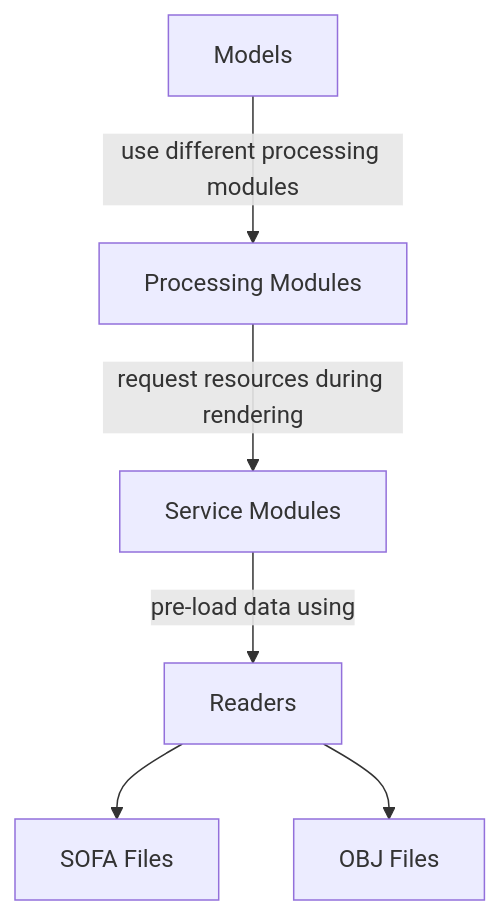
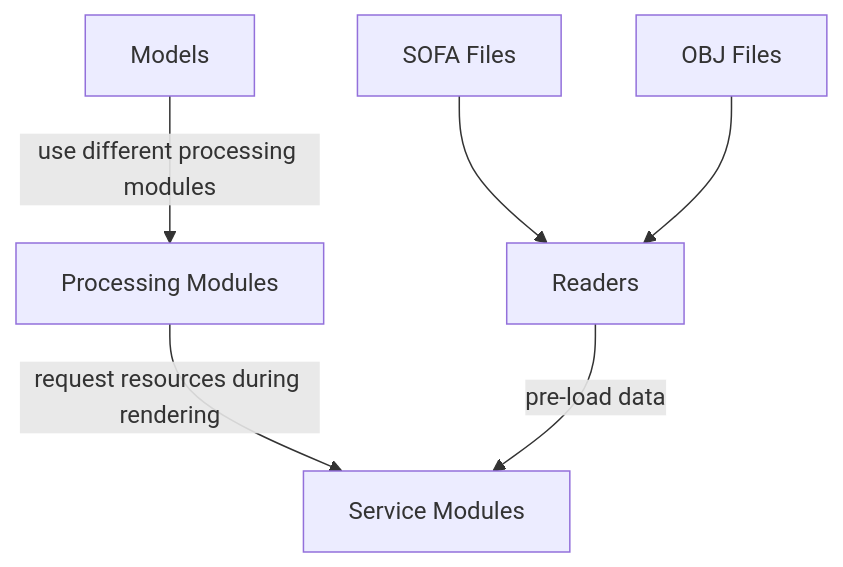
The diagram in docs/library/service-modules/index.md (GrupoDiana/BRT-Documentation), drawn with Mermaid before and after one commit. The commit also changed other lines of this file and 1 other file, not shown here.

Commit message:
feat: Improve diagrams and make minor changes

````diff
--- a/docs/library/service-modules/index.md
+++ b/docs/library/service-modules/index.md
@@ -46,16 +29,16 @@
 ```mermaid
 flowchart TD
 
 F[Models]
 A[Processing Modules]
 B[Service Modules]
 C[Readers]
 D[SOFA Files]
 E[OBJ Files]
 
 F -->|use different processing modules| A
 A -->|request resources during rendering| B
-B -->|pre-load data using| C
-C --> D
-C --> E
+C -->|pre-load data| B
+D --> C
+E --> C
 ```
````
